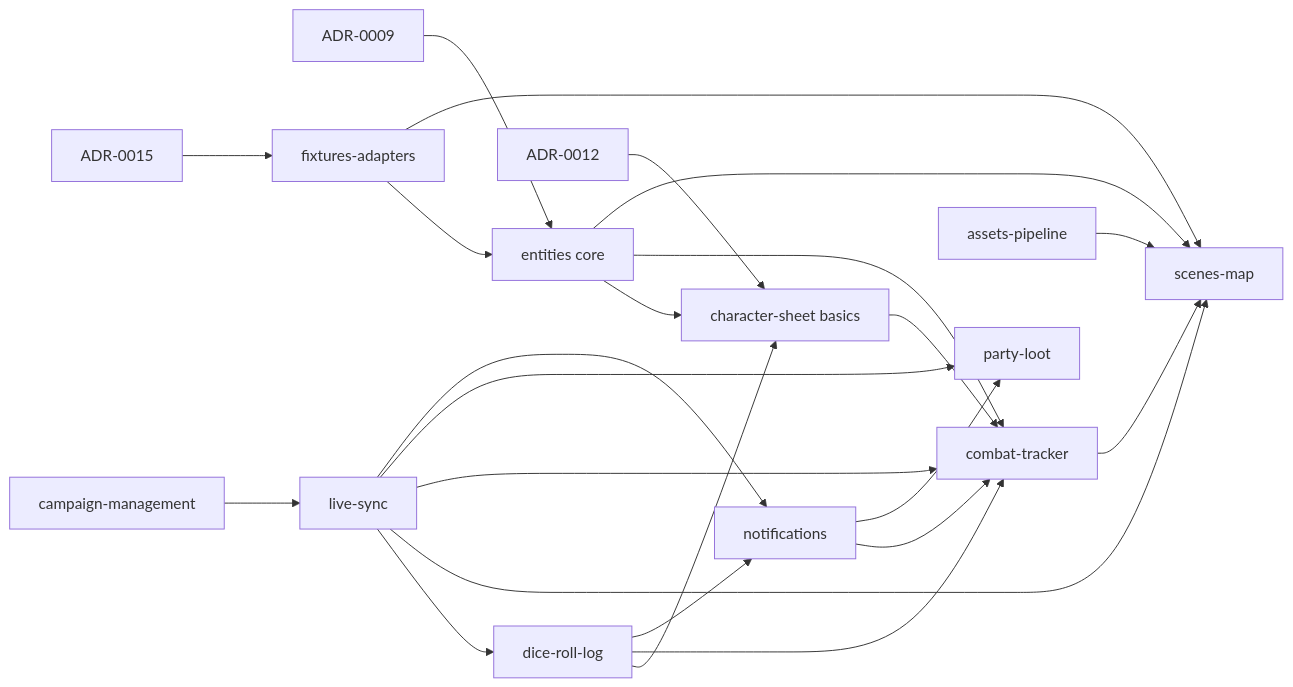
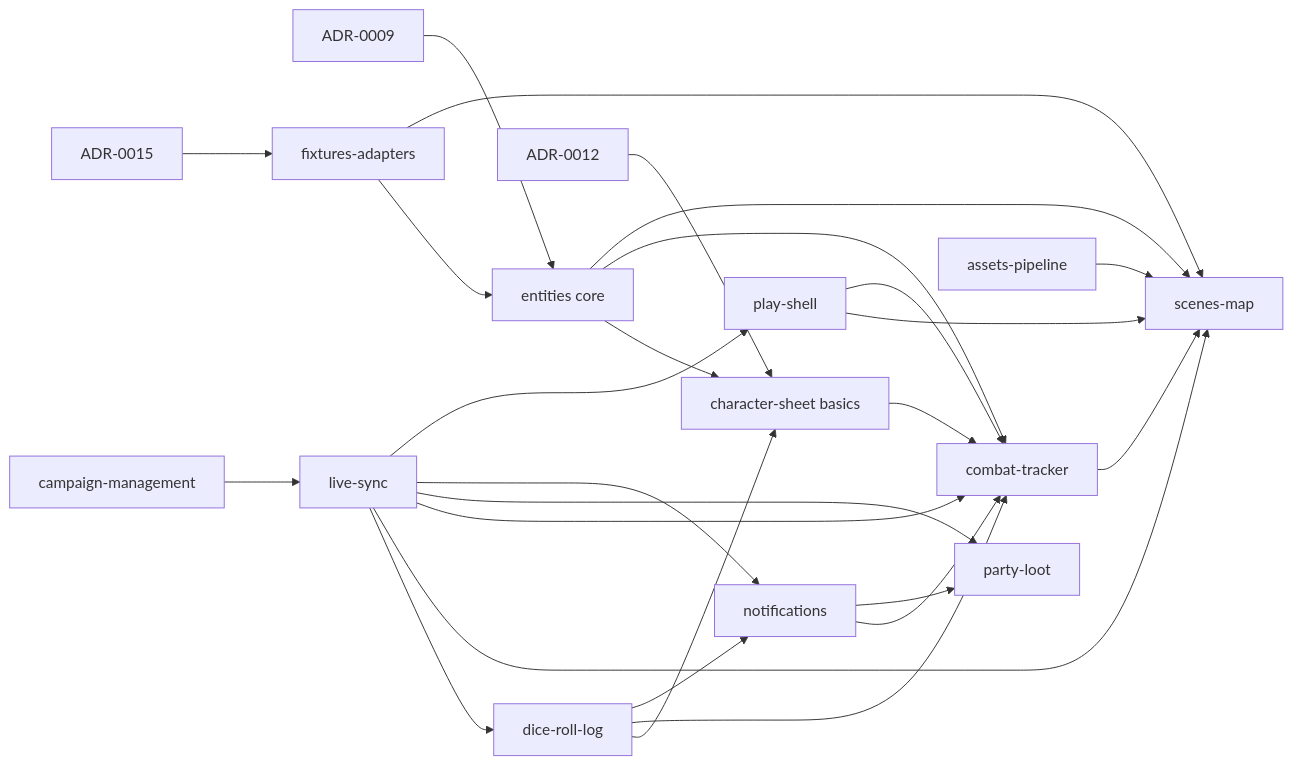
The diagram in docs/roadmap.md (szymonbalasz/pocket-plane), drawn with Mermaid before and after one commit. The commit also changed other lines of this file and 13 other files, not shown here.

Commit message:
Encounter builder to MVP; character/dice tiers; add play-shell spec and dice-extras stub

````diff
--- a/docs/roadmap.md
+++ b/docs/roadmap.md
@@ -22,25 +22,28 @@
 ```mermaid
 graph LR
   A9[ADR-0009] --> ENT[entities core]
   A15[ADR-0015] --> FIX[fixtures-adapters]
   A12[ADR-0012] --> CHR[character-sheet basics]
   CAMP[campaign-management] --> SYNC[live-sync]
   SYNC --> DICE[dice-roll-log]
   SYNC --> MAP[scenes-map]
   SYNC --> CBT[combat-tracker]
   SYNC --> LOOT[party-loot]
   ASSET[assets-pipeline] --> MAP
   ENT --> CHR
   ENT --> CBT
   ENT --> MAP
   FIX --> ENT
   FIX --> MAP
   DICE --> CHR
   DICE --> CBT
   SYNC --> NOTE[notifications]
   DICE --> NOTE
   NOTE --> CBT
   NOTE --> LOOT
+  SYNC --> SHELL[play-shell]
+  SHELL --> MAP
+  SHELL --> CBT
   CHR --> CBT
   CBT --> MAP
 ```
````
